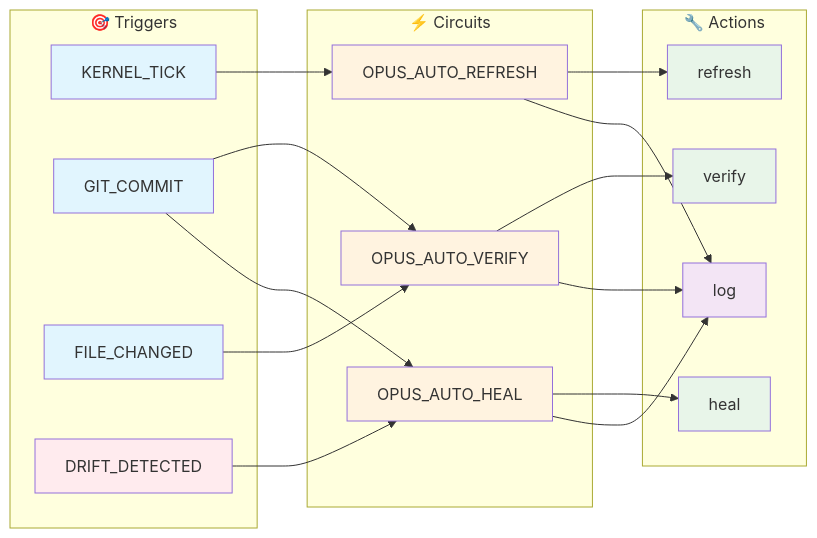
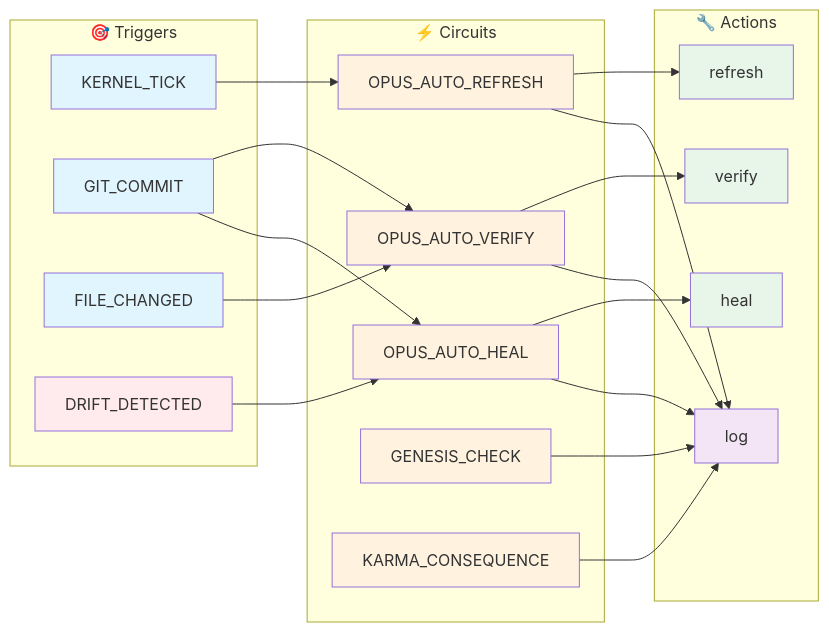
Before and after one commit to kimeisele/steward-protocol: the diagram in OPUS.md, drawn with Mermaid. The commit also changed other lines of this file, not shown here.

````diff
--- a/OPUS.md
+++ b/OPUS.md
@@ -74,47 +78,53 @@
 ```mermaid
 flowchart LR
     subgraph Events["🎯 Triggers"]
         E1[KERNEL_TICK]
         E2[GIT_COMMIT]
         E3[FILE_CHANGED]
         E4[DRIFT_DETECTED]
     end
 
     subgraph Circuits["⚡ Circuits"]
         C1[OPUS_AUTO_HEAL]
         C2[OPUS_AUTO_REFRESH]
         C3[OPUS_AUTO_VERIFY]
+        C4[GENESIS_CHECK]
+        C5[KARMA_CONSEQUENCE]
     end
 
     subgraph Actions["🔧 Actions"]
         A1[verify]
         A2[refresh]
         A3[heal]
         A4[log]
     end
 
     E1 --> C2
     E2 --> C1
     E2 --> C3
     E3 --> C3
     E4 --> C1
 
     C1 --> A4
     C2 --> A4
     C3 --> A4
+    C4 --> A4
+    C5 --> A4
     C1 --> A3
     C2 --> A2
     C3 --> A1
 
     style E1 fill:#e1f5fe
     style E2 fill:#e1f5fe
     style E3 fill:#e1f5fe
     style E4 fill:#ffebee
     style C1 fill:#fff3e0
     style C2 fill:#fff3e0
     style C3 fill:#fff3e0
+    style C4 fill:#fff3e0
+    style C5 fill:#fff3e0
     style A1 fill:#e8f5e9
     style A2 fill:#e8f5e9
     style A3 fill:#e8f5e9
     style A4 fill:#f3e5f5
 ```
````
